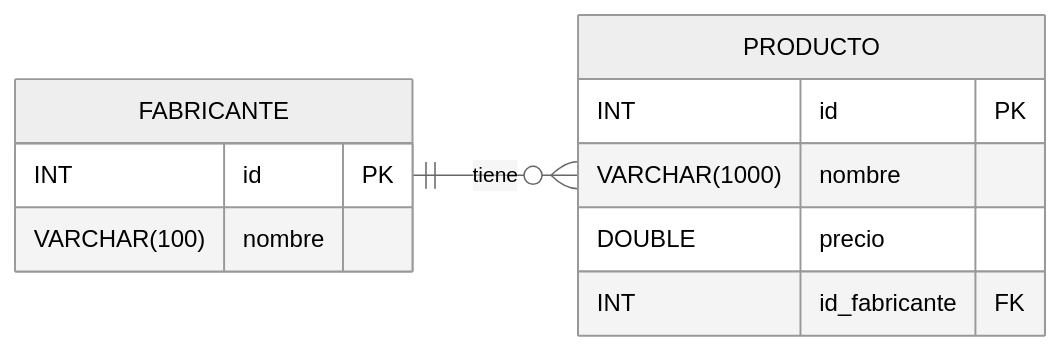
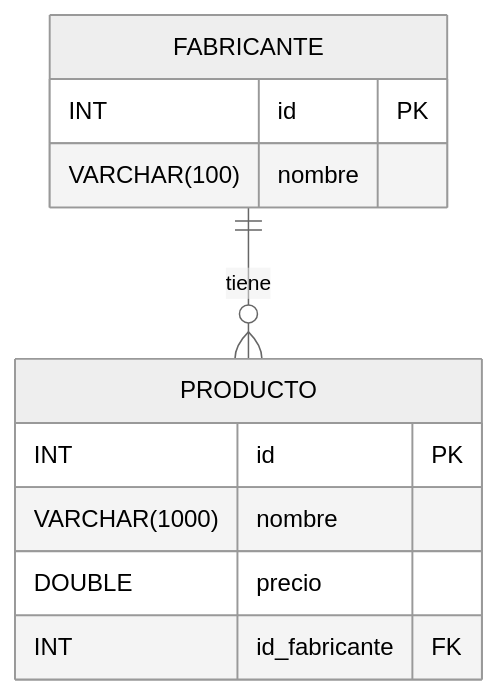
Before and after one commit to dgmx/www: the diagram in SQL/informatica.MD, drawn with Mermaid (neutral theme).

Commit message:
Cambios Gestion Departamentos

````diff
--- a/SQL/informatica.MD
+++ b/SQL/informatica.MD
@@ -8,16 +8,16 @@
 ```mermaid
 erDiagram
-    direction LR
+
     FABRICANTE ||--o{ PRODUCTO : tiene
     FABRICANTE {
         INT id PK
         VARCHAR(100) nombre
     }
     PRODUCTO {
         INT id PK
         VARCHAR(1000) nombre
         DOUBLE precio
         INT id_fabricante FK
     }
 
 ```
````
